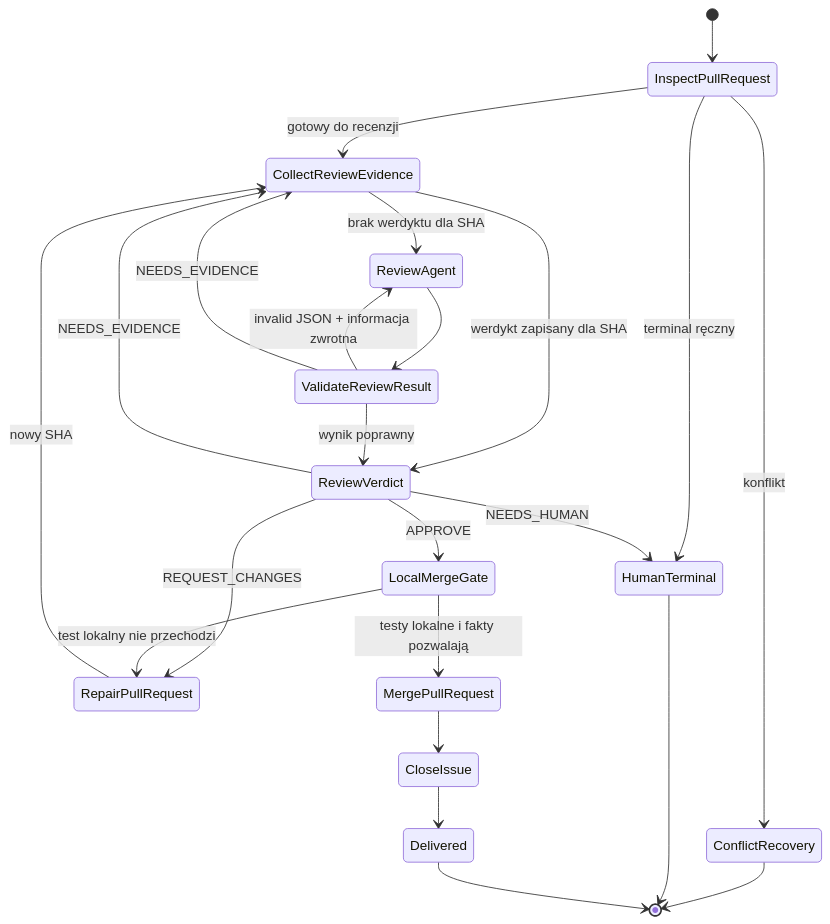
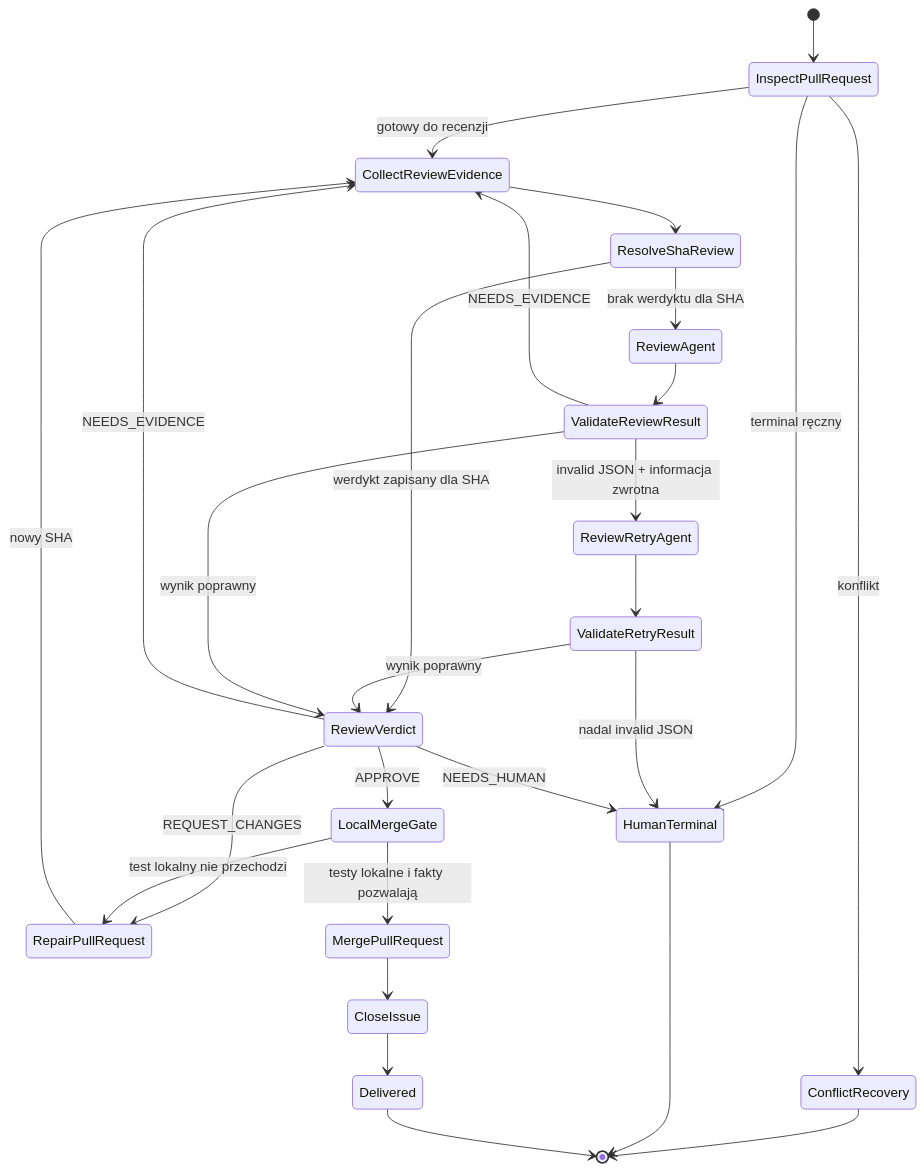
The fourth of 6 diagrams in README.md (mikolaj92/lokay), drawn with Mermaid before and after one commit. The commit also changed other lines of this file and 31 other files, not shown here.

````diff
--- a/README.md
+++ b/README.md
@@ -152,25 +152,29 @@
 ```mermaid
 stateDiagram-v2
     [*] --> InspectPullRequest
     InspectPullRequest --> ConflictRecovery: konflikt
     InspectPullRequest --> HumanTerminal: terminal ręczny
     InspectPullRequest --> CollectReviewEvidence: gotowy do recenzji
-    CollectReviewEvidence --> ReviewAgent: brak werdyktu dla SHA
-    CollectReviewEvidence --> ReviewVerdict: werdykt zapisany dla SHA
+    CollectReviewEvidence --> ResolveShaReview
+    ResolveShaReview --> ReviewVerdict: werdykt zapisany dla SHA
+    ResolveShaReview --> ReviewAgent: brak werdyktu dla SHA
     ReviewAgent --> ValidateReviewResult
-    ValidateReviewResult --> ReviewAgent: invalid JSON + informacja zwrotna
+    ValidateReviewResult --> ReviewRetryAgent: invalid JSON + informacja zwrotna
+    ReviewRetryAgent --> ValidateRetryResult
+    ValidateRetryResult --> ReviewVerdict: wynik poprawny
+    ValidateRetryResult --> HumanTerminal: nadal invalid JSON
     ValidateReviewResult --> CollectReviewEvidence: NEEDS_EVIDENCE
     ValidateReviewResult --> ReviewVerdict: wynik poprawny
     ReviewVerdict --> LocalMergeGate: APPROVE
     ReviewVerdict --> RepairPullRequest: REQUEST_CHANGES
     ReviewVerdict --> CollectReviewEvidence: NEEDS_EVIDENCE
     ReviewVerdict --> HumanTerminal: NEEDS_HUMAN
     RepairPullRequest --> CollectReviewEvidence: nowy SHA
     LocalMergeGate --> MergePullRequest: testy lokalne i fakty pozwalają
     LocalMergeGate --> RepairPullRequest: test lokalny nie przechodzi
     MergePullRequest --> CloseIssue
     CloseIssue --> Delivered
     ConflictRecovery --> [*]
     HumanTerminal --> [*]
     Delivered --> [*]
 ```
````
